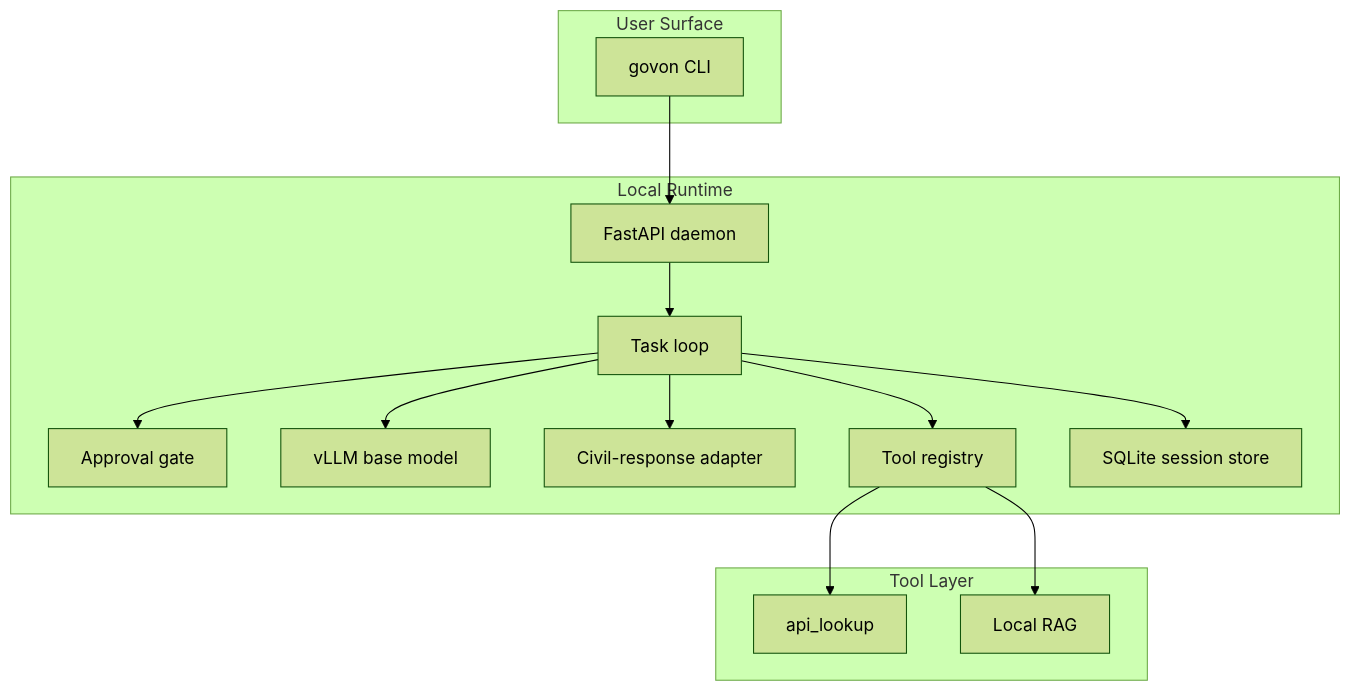
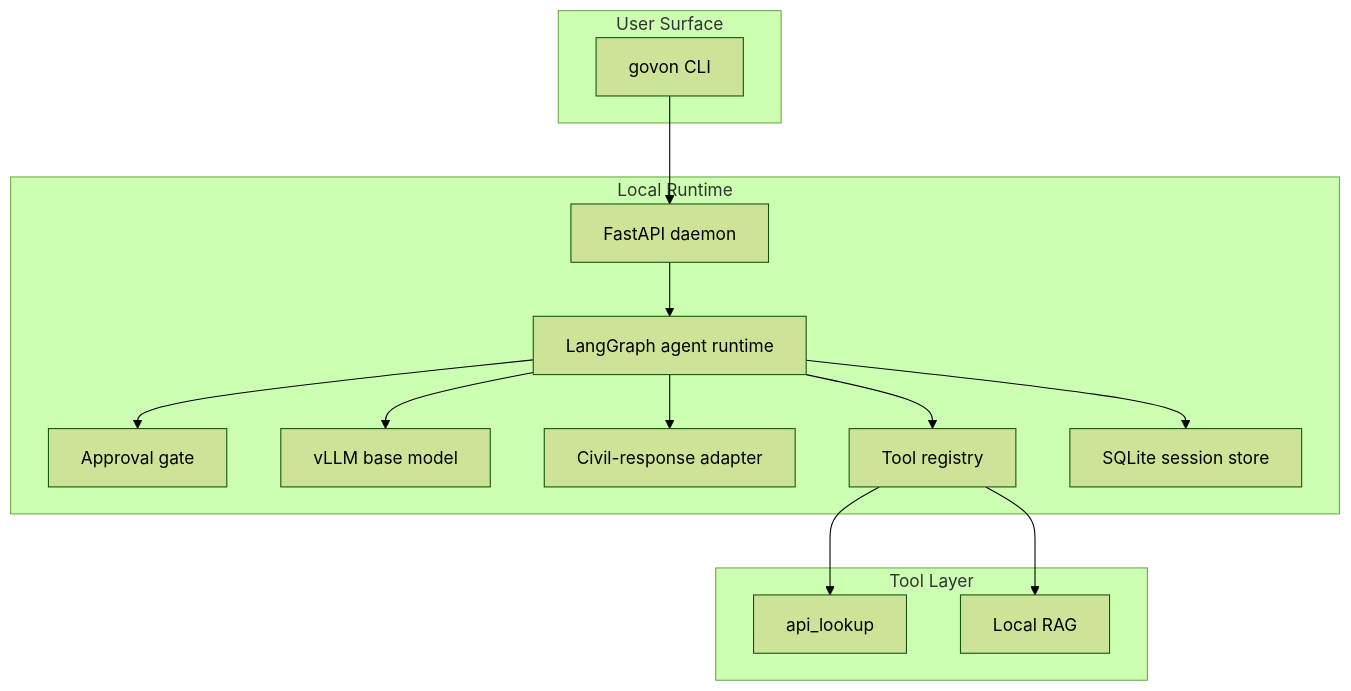
The diagram in site/docs/architecture/overview.md (yuujjjj/AIOSS_GovOn), drawn with Mermaid (forest theme) before and after one commit. The commit also changed other lines of this file and 8 other files, not shown here.

First line of the commit message:
Merge pull request #441 from GovOn-Org/docs/402-langgraph-shell-roadmap

````diff
--- a/site/docs/architecture/overview.md
+++ b/site/docs/architecture/overview.md
@@ -11,31 +11,31 @@
 ```mermaid
 graph TD
     subgraph User Surface
         A[govon CLI]
     end
 
     subgraph Local Runtime
         B[FastAPI daemon]
-        C[Task loop]
+        C[LangGraph agent runtime]
         D[Approval gate]
         E[vLLM base model]
         F[Civil-response adapter]
         G[Tool registry]
         H[SQLite session store]
     end
 
     subgraph Tool Layer
         I[api_lookup]
         J[Local RAG]
     end
 
     A --> B
     B --> C
     C --> D
     C --> E
     C --> F
     C --> G
     C --> H
     G --> I
     G --> J
 ```
````
